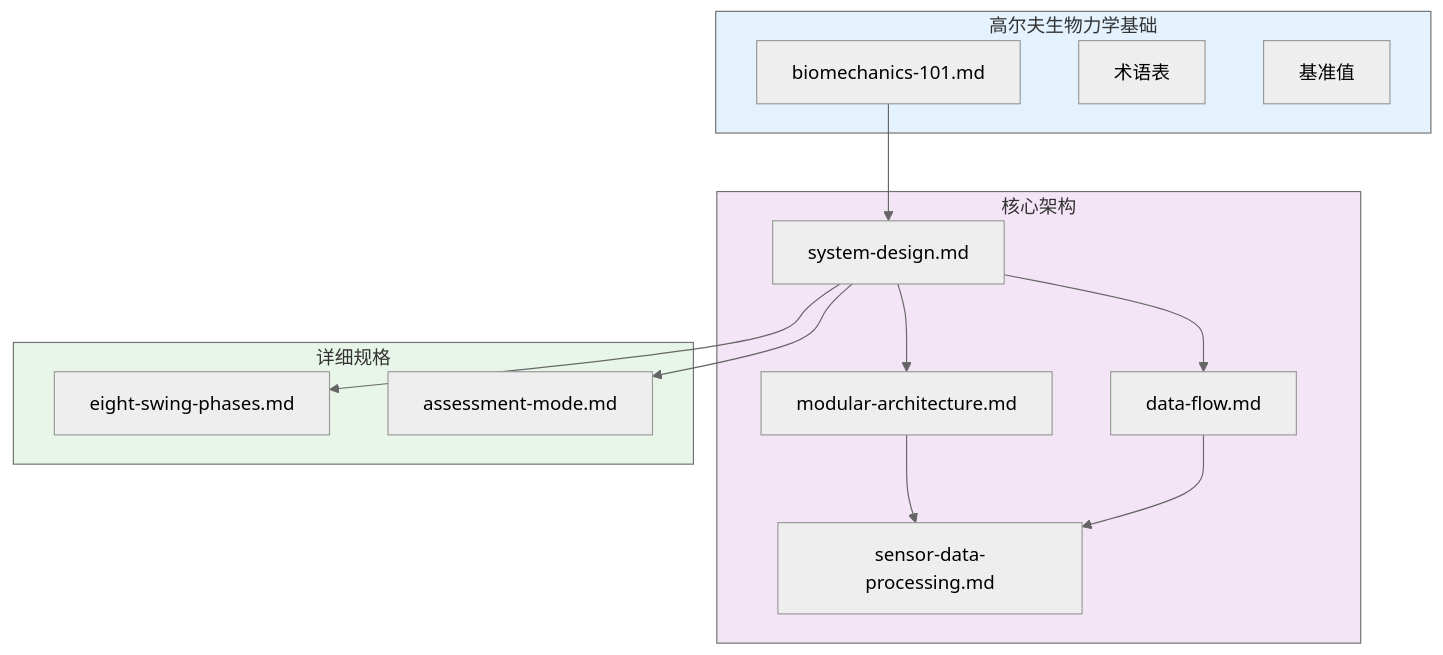
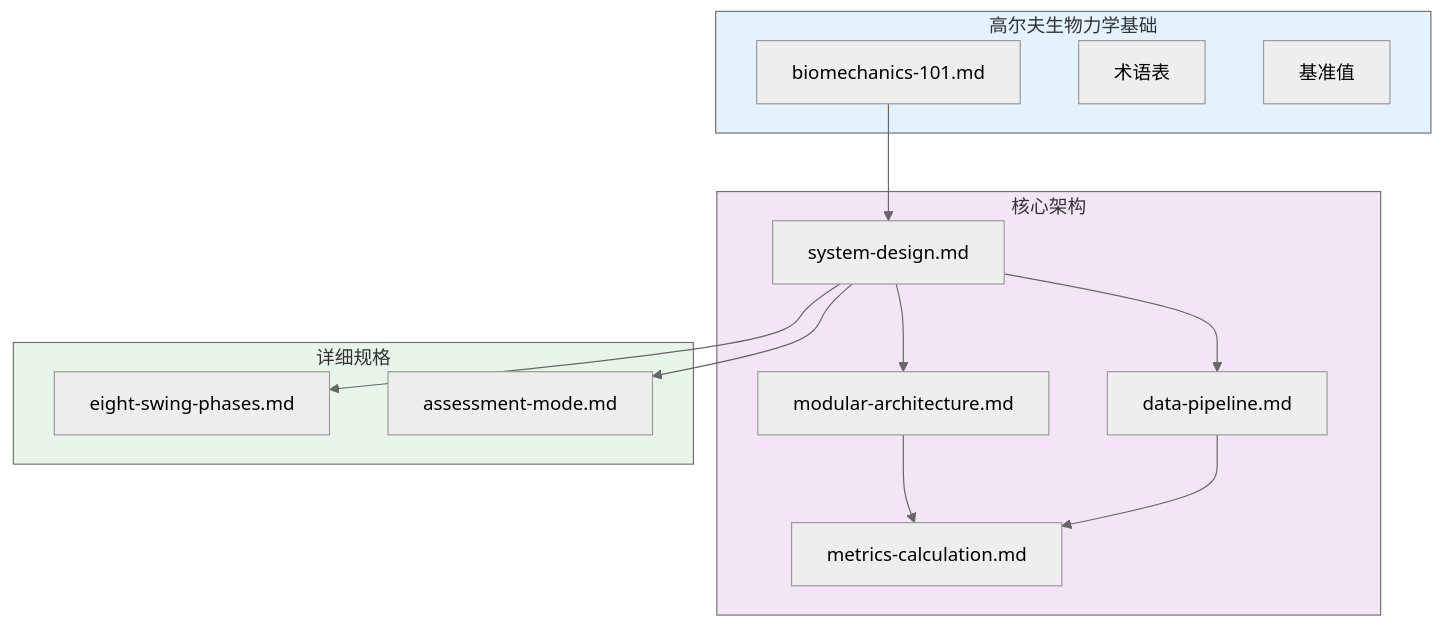
The diagram in docs/zh/design/index.md (movement-chain-ai/movement-chain-docs), drawn with Mermaid (neutral theme) before and after one commit. The commit also changed other lines of this file and 29 other files, not shown here.

First line of the commit message:
docs: rename data flow files for clarity

````diff
--- a/docs/zh/design/index.md
+++ b/docs/zh/design/index.md
@@ -73,32 +73,32 @@
 ```mermaid
 graph TD
     subgraph foundations["高尔夫生物力学基础"]
         F1[biomechanics-101.md]
         F2[术语表]
         F3[基准值]
     end
 
     subgraph architecture["核心架构"]
         A1[system-design.md]
         A2[modular-architecture.md]
-        A3[data-flow.md]
-        A4[sensor-data-processing.md]
+        A3[data-pipeline.md]
+        A4[metrics-calculation.md]
     end
 
     subgraph specs["详细规格"]
         S1[eight-swing-phases.md]
         S2[assessment-mode.md]
     end
 
     F1 --> A1
     A1 --> A2
     A1 --> A3
     A2 --> A4
     A3 --> A4
     A1 --> S1
     A1 --> S2
 
     style foundations fill:#e3f2fd
     style architecture fill:#f3e5f5
     style specs fill:#e8f5e9
 ```
````
